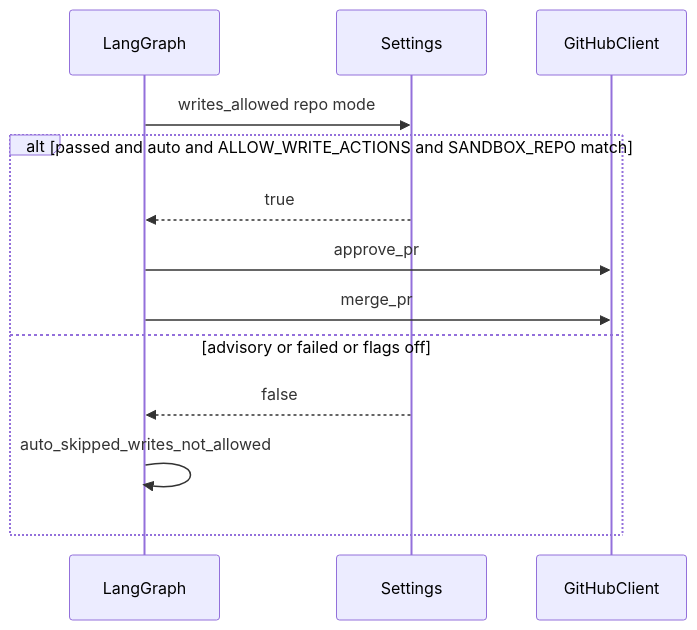
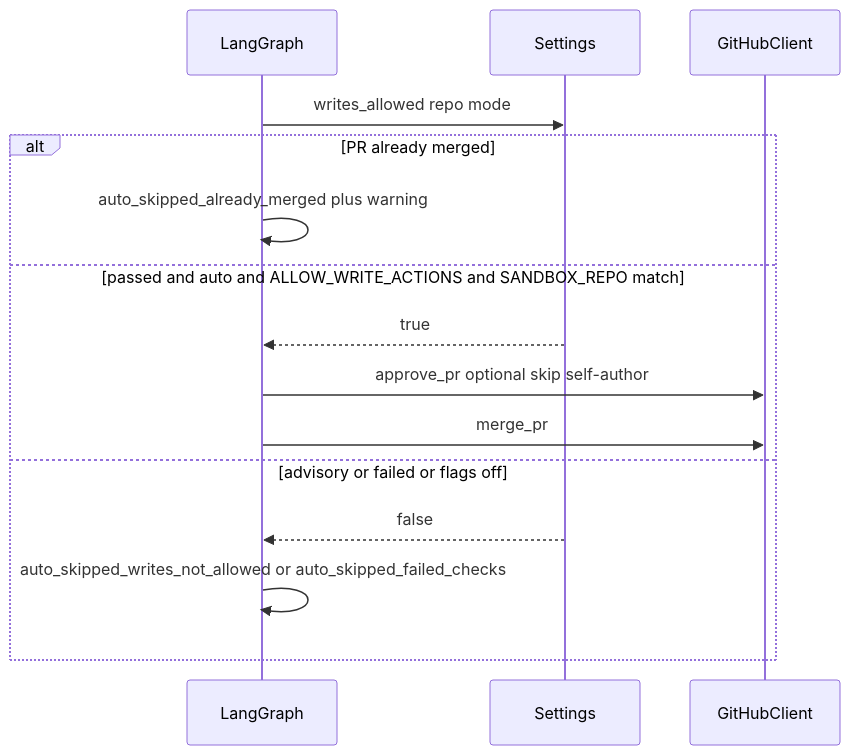
Before and after one commit to dwgupta/pr-governance-agent: the fifth of 8 diagrams in docs/pr-governance-agent-architecture.md, drawn with Mermaid. The commit also changed other lines of this file and 29 other files, not shown here.

````diff
--- a/docs/pr-governance-agent-architecture.md
+++ b/docs/pr-governance-agent-architecture.md
@@ -179,16 +180,18 @@
 ```mermaid
 sequenceDiagram
   participant LG as LangGraph
   participant CFG as Settings
   participant GH as GitHubClient
 
   LG->>CFG: writes_allowed repo mode
-  alt passed and auto and ALLOW_WRITE_ACTIONS and SANDBOX_REPO match
+  alt PR already merged
+    LG->>LG: auto_skipped_already_merged plus warning
+  else passed and auto and ALLOW_WRITE_ACTIONS and SANDBOX_REPO match
     CFG-->>LG: true
-    LG->>GH: approve_pr
+    LG->>GH: approve_pr optional skip self-author
     LG->>GH: merge_pr
   else advisory or failed or flags off
     CFG-->>LG: false
-    LG->>LG: auto_skipped_writes_not_allowed
+    LG->>LG: auto_skipped_writes_not_allowed or auto_skipped_failed_checks
   end
 ```
````
